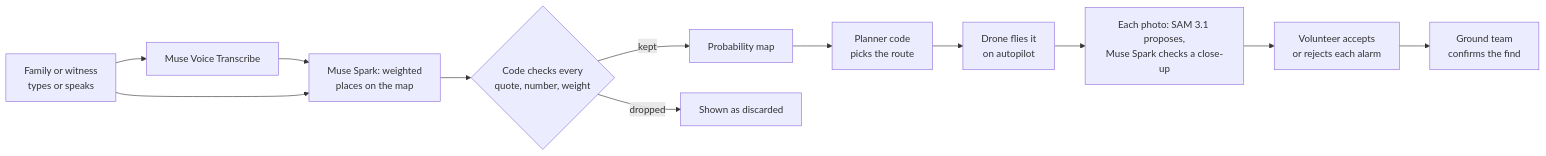
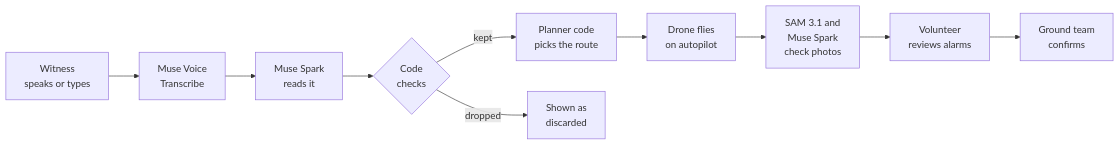
Before and after one commit to h-a-forster/lastseen: the diagram in README.md, drawn with Mermaid.

Commit message:
README: a diagram that fits the page

````diff
--- a/README.md
+++ b/README.md
@@ -79,14 +79,6 @@
 ```mermaid
 flowchart LR
-  A["Family or witness<br/>types or speaks"] --> B["Muse Voice Transcribe"]
-  B --> C["Muse Spark: weighted<br/>places on the map"]
-  A --> C
-  C --> D{"Code checks every<br/>quote, number, weight"}
-  D -- kept --> E["Probability map"]
-  D -- dropped --> X["Shown as discarded"]
-  E --> F["Planner code<br/>picks the route"]
-  F --> G["Drone flies it<br/>on autopilot"]
-  G --> H["Each photo: SAM 3.1 proposes,<br/>Muse Spark checks a close-up"]
-  H --> I["Volunteer accepts<br/>or rejects each alarm"]
-  I --> J["Ground team<br/>confirms the find"]
+  A["Witness<br/>speaks or types"] --> B["Muse Voice<br/>Transcribe"] --> C["Muse Spark<br/>reads it"] --> D{"Code<br/>checks"}
+  D -- kept --> E["Planner code<br/>picks the route"] --> F["Drone flies<br/>on autopilot"] --> G["SAM 3.1 and<br/>Muse Spark<br/>check photos"] --> H["Volunteer<br/>reviews alarms"] --> I["Ground team<br/>confirms"]
+  D -- dropped --> X["Shown as<br/>discarded"]
 ```
````
